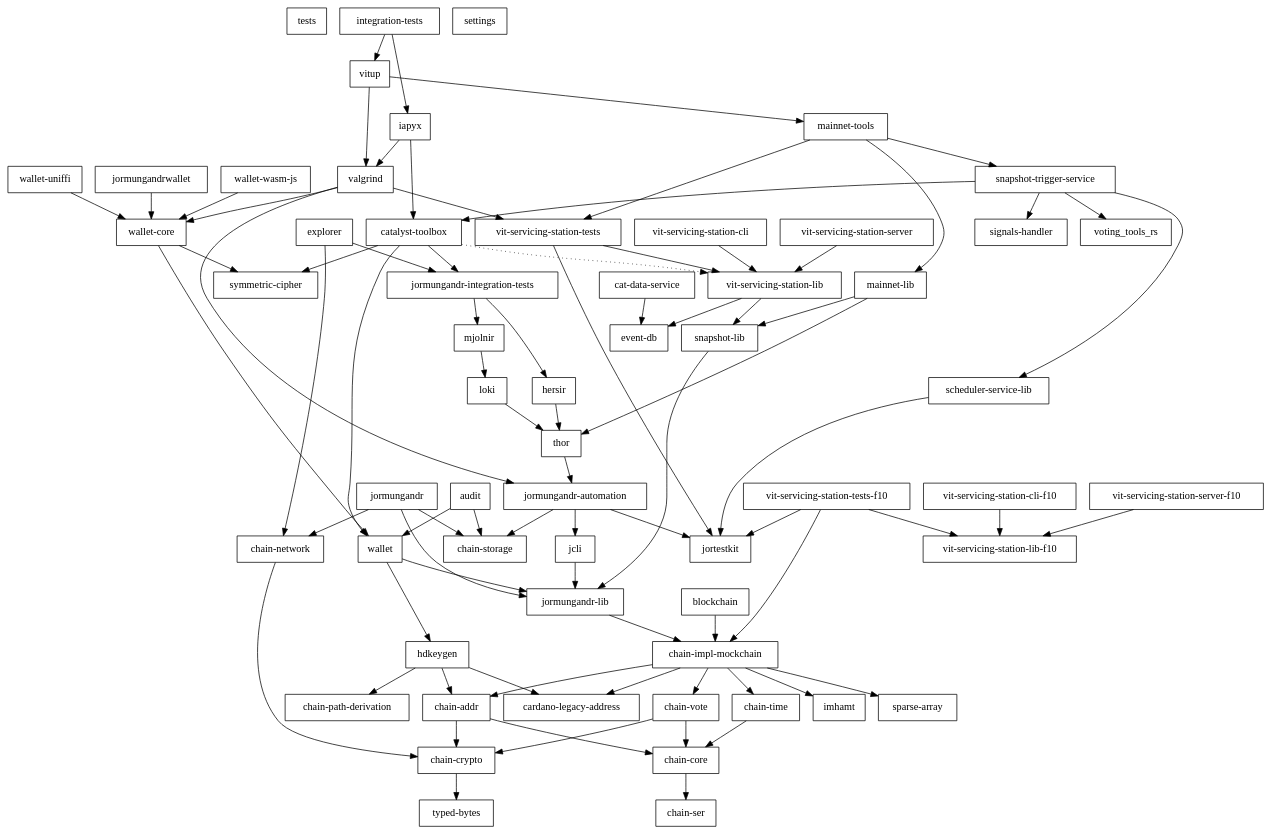
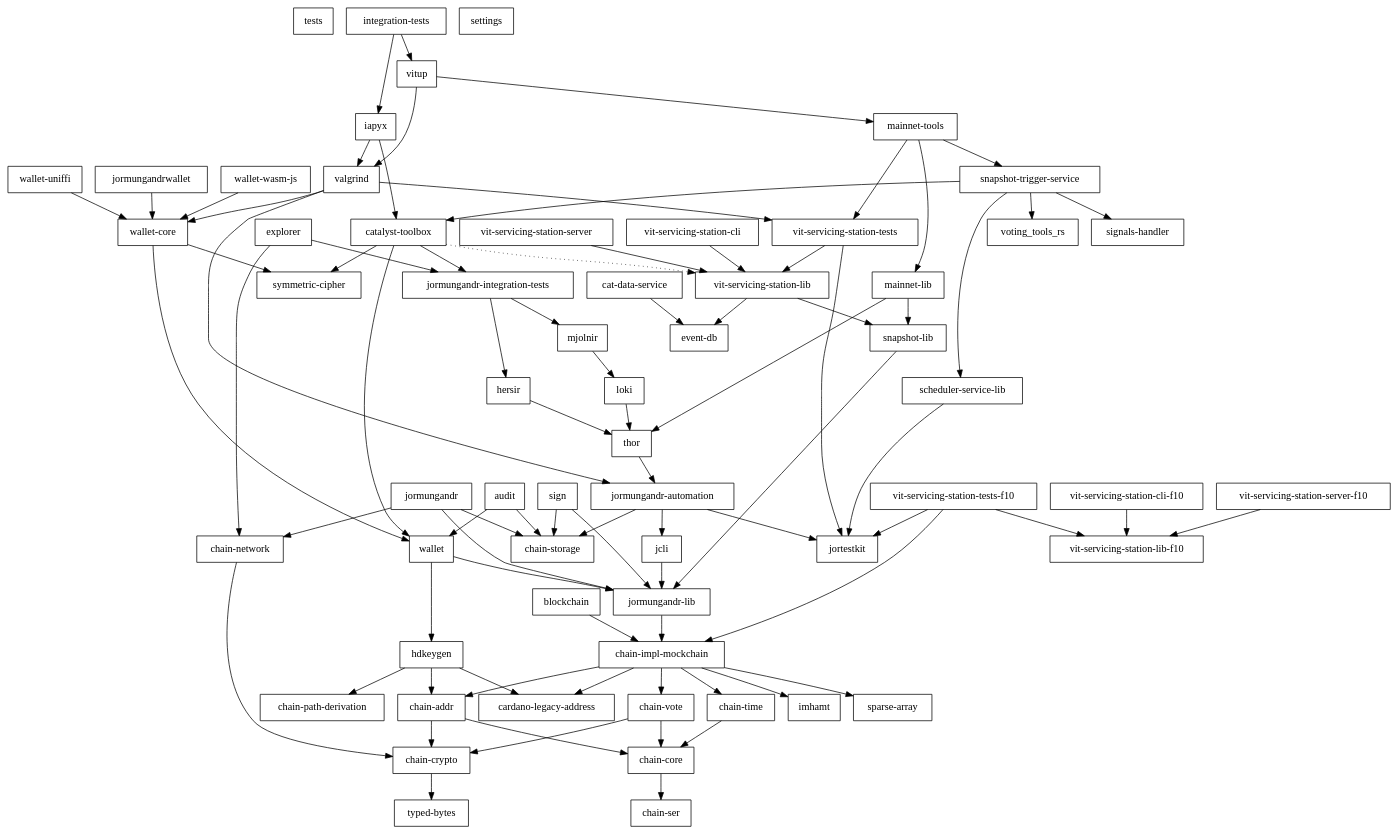
The diagram in main/06_rust_api/rust/doc/workspace.depgraph.dot (input-output-hk/catalyst-core), drawn with Graphviz before and after one commit. The commit also changed 94 other files, not shown here.

```diff
--- a/main/06_rust_api/rust/doc/workspace.depgraph.dot
+++ b/main/06_rust_api/rust/doc/workspace.depgraph.dot
@@ -1,139 +1,142 @@
 digraph {
     0 [ label = "tests" shape = box]
     1 [ label = "catalyst-toolbox" shape = box]
     2 [ label = "chain-addr" shape = box]
     3 [ label = "chain-core" shape = box]
     4 [ label = "chain-ser" shape = box]
     5 [ label = "chain-crypto" shape = box]
     6 [ label = "typed-bytes" shape = box]
     7 [ label = "chain-impl-mockchain" shape = box]
     8 [ label = "cardano-legacy-address" shape = box]
     9 [ label = "chain-time" shape = box]
     10 [ label = "chain-vote" shape = box]
     11 [ label = "imhamt" shape = box]
     12 [ label = "sparse-array" shape = box]
     13 [ label = "chain-storage" shape = box]
     14 [ label = "jcli" shape = box]
     15 [ label = "jormungandr-lib" shape = box]
     16 [ label = "jormungandr-automation" shape = box]
     17 [ label = "jortestkit" shape = box]
     18 [ label = "jormungandr-integration-tests" shape = box]
     19 [ label = "hersir" shape = box]
     20 [ label = "thor" shape = box]
     21 [ label = "loki" shape = box]
     22 [ label = "mjolnir" shape = box]
     23 [ label = "snapshot-lib" shape = box]
     24 [ label = "symmetric-cipher" shape = box]
     25 [ label = "vit-servicing-station-lib" shape = box]
     26 [ label = "event-db" shape = box]
     27 [ label = "vit-servicing-station-tests" shape = box]
     28 [ label = "wallet" shape = box]
     29 [ label = "chain-path-derivation" shape = box]
     30 [ label = "hdkeygen" shape = box]
     31 [ label = "chain-network" shape = box]
     32 [ label = "jormungandrwallet" shape = box]
     33 [ label = "wallet-core" shape = box]
     34 [ label = "wallet-wasm-js" shape = box]
     35 [ label = "wallet-uniffi" shape = box]
     36 [ label = "jormungandr" shape = box]
     37 [ label = "explorer" shape = box]
     38 [ label = "settings" shape = box]
     39 [ label = "blockchain" shape = box]
     40 [ label = "vit-servicing-station-cli" shape = box]
     41 [ label = "vit-servicing-station-server" shape = box]
     42 [ label = "iapyx" shape = box]
     43 [ label = "valgrind" shape = box]
     44 [ label = "vitup" shape = box]
     45 [ label = "mainnet-lib" shape = box]
     46 [ label = "mainnet-tools" shape = box]
     47 [ label = "scheduler-service-lib" shape = box]
     48 [ label = "signals-handler" shape = box]
     49 [ label = "snapshot-trigger-service" shape = box]
     50 [ label = "voting_tools_rs" shape = box]
     51 [ label = "integration-tests" shape = box]
     52 [ label = "cat-data-service" shape = box]
     53 [ label = "audit" shape = box]
     54 [ label = "vit-servicing-station-cli-f10" shape = box]
     55 [ label = "vit-servicing-station-lib-f10" shape = box]
     56 [ label = "vit-servicing-station-server-f10" shape = box]
     57 [ label = "vit-servicing-station-tests-f10" shape = box]
+    58 [ label = "sign" shape = box]
     1 -> 18 [ ]
     1 -> 24 [ ]
     1 -> 25 [ style = dotted]
     1 -> 28 [ ]
     2 -> 3 [ ]
     2 -> 5 [ ]
     3 -> 4 [ ]
     5 -> 6 [ ]
     7 -> 8 [ ]
     7 -> 2 [ ]
     7 -> 9 [ ]
     7 -> 10 [ ]
     7 -> 11 [ ]
     7 -> 12 [ ]
     9 -> 3 [ ]
     10 -> 3 [ ]
     10 -> 5 [ ]
     14 -> 15 [ ]
     15 -> 7 [ ]
     16 -> 13 [ ]
     16 -> 14 [ ]
     16 -> 17 [ ]
     18 -> 19 [ ]
     18 -> 22 [ ]
     19 -> 20 [ ]
     20 -> 16 [ ]
     21 -> 20 [ ]
     22 -> 21 [ ]
     23 -> 15 [ ]
     25 -> 26 [ ]
     25 -> 23 [ ]
     27 -> 17 [ ]
     27 -> 25 [ ]
     28 -> 30 [ ]
     28 -> 15 [ ]
     30 -> 8 [ ]
     30 -> 2 [ ]
     30 -> 29 [ ]
     31 -> 5 [ ]
     32 -> 33 [ ]
     33 -> 24 [ ]
     33 -> 28 [ ]
     34 -> 33 [ ]
     35 -> 33 [ ]
     36 -> 31 [ ]
     36 -> 13 [ ]
     36 -> 15 [ ]
     37 -> 31 [ ]
     37 -> 18 [ ]
     39 -> 7 [ ]
     40 -> 25 [ ]
     41 -> 25 [ ]
     42 -> 1 [ ]
     42 -> 43 [ ]
     43 -> 16 [ ]
     43 -> 27 [ ]
     43 -> 33 [ ]
     44 -> 46 [ ]
     44 -> 43 [ ]
     45 -> 23 [ ]
     45 -> 20 [ ]
     46 -> 45 [ ]
     46 -> 49 [ ]
     46 -> 27 [ ]
     47 -> 17 [ ]
     49 -> 1 [ ]
     49 -> 47 [ ]
     49 -> 48 [ ]
     49 -> 50 [ ]
     51 -> 42 [ ]
     51 -> 44 [ ]
     52 -> 26 [ ]
     53 -> 13 [ ]
     53 -> 28 [ ]
     54 -> 55 [ ]
     56 -> 55 [ ]
     57 -> 7 [ ]
     57 -> 17 [ ]
     57 -> 55 [ ]
+    58 -> 13 [ ]
+    58 -> 15 [ ]
 }
```
